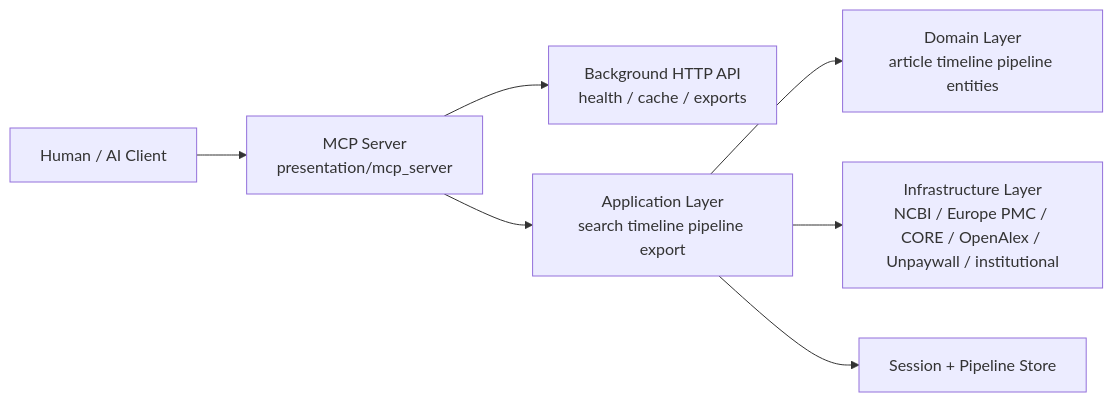
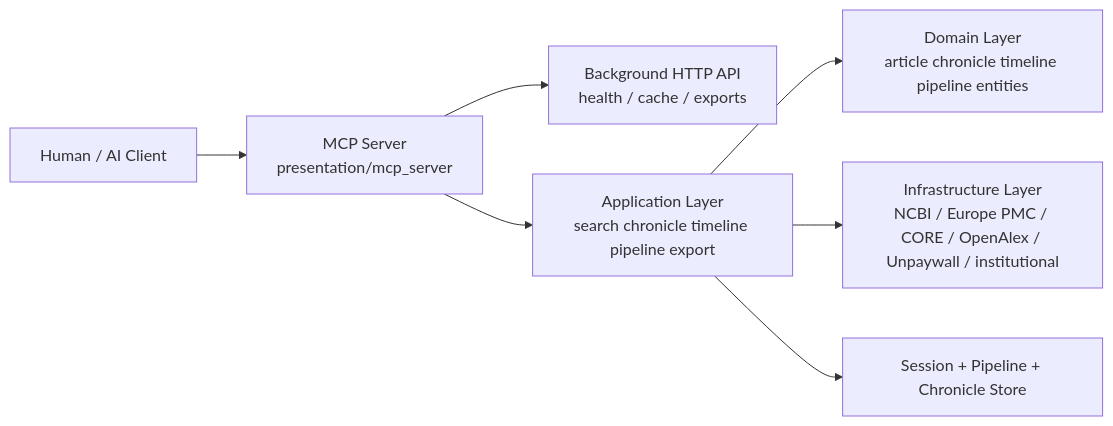
The third of 12 diagrams in ARCHITECTURE.md (u9401066/pubmed-search-mcp), drawn with Mermaid before and after one commit. The commit also changed other lines of this file and 14 other files, not shown here.

````diff
--- a/ARCHITECTURE.md
+++ b/ARCHITECTURE.md
@@ -102,17 +102,17 @@
 ```mermaid
 flowchart LR
   Client[Human / AI Client]
   MCP[MCP Server<br/>presentation/mcp_server]
   API[Background HTTP API<br/>health / cache / exports]
-  App[Application Layer<br/>search timeline pipeline export]
-  Domain[Domain Layer<br/>article timeline pipeline entities]
+  App[Application Layer<br/>search chronicle timeline pipeline export]
+  Domain[Domain Layer<br/>article chronicle timeline pipeline entities]
   Infra[Infrastructure Layer<br/>NCBI / Europe PMC / CORE / OpenAlex / Unpaywall / institutional]
-  Store[Session + Pipeline Store]
+  Store[Session + Pipeline + Chronicle Store]
 
   Client --> MCP
   MCP --> App
   MCP --> API
   App --> Domain
   App --> Infra
   App --> Store
 ```
````
